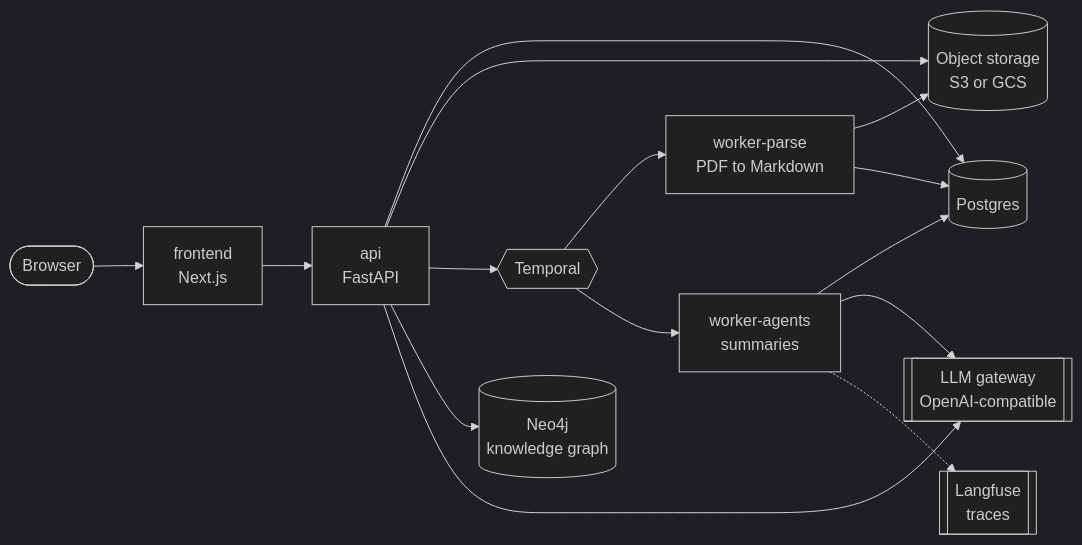
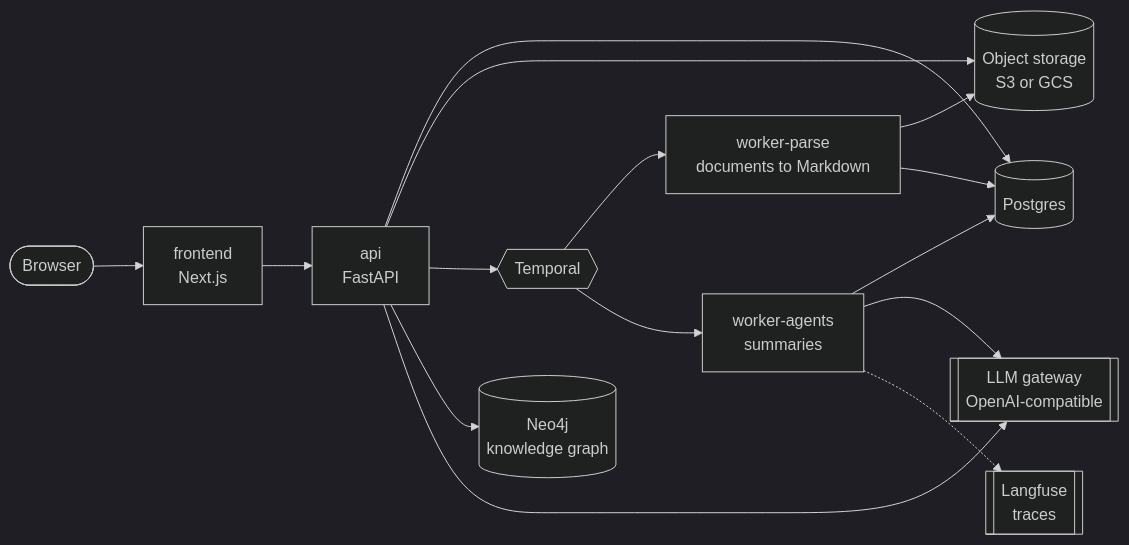
The diagram in QUICKSTART.md (griddynamics/specflow), drawn with Mermaid (dark theme) before and after one commit. The commit also changed other lines of this file and 47 other files, not shown here.

````diff
--- a/QUICKSTART.md
+++ b/QUICKSTART.md
@@ -78,17 +82,17 @@
 ```mermaid
 flowchart LR
     user([Browser]) --> fe[frontend<br/>Next.js]
     fe --> api[api<br/>FastAPI]
     api --> pg[(Postgres)]
     api --> s3[(Object storage<br/>S3 or GCS)]
     api --> tmp{{Temporal}}
-    tmp --> wp[worker-parse<br/>PDF to Markdown]
+    tmp --> wp[worker-parse<br/>documents to Markdown]
     tmp --> wa[worker-agents<br/>summaries]
     wp --> s3
     wp --> pg
     wa --> pg
     wa --> llm[[LLM gateway<br/>OpenAI-compatible]]
     api --> neo[(Neo4j<br/>knowledge graph)]
     api --> llm
     wa -.-> lf[[Langfuse<br/>traces]]
 ```
````
